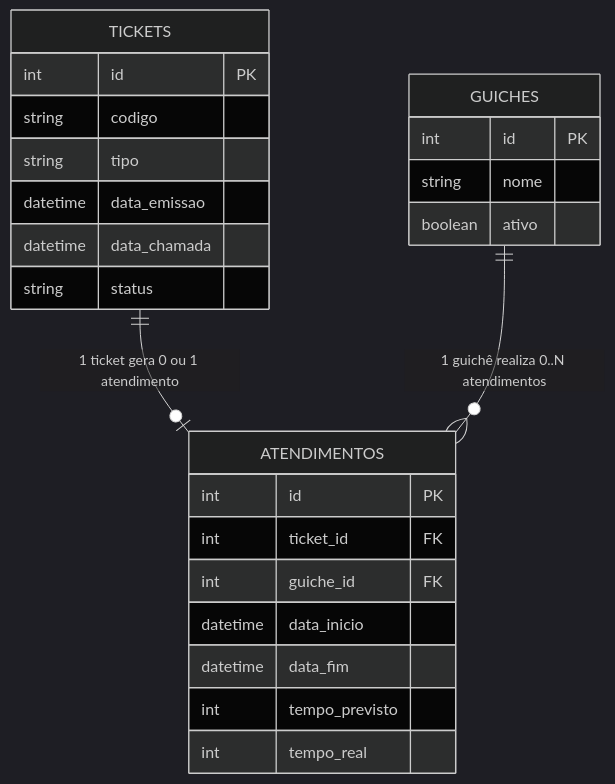
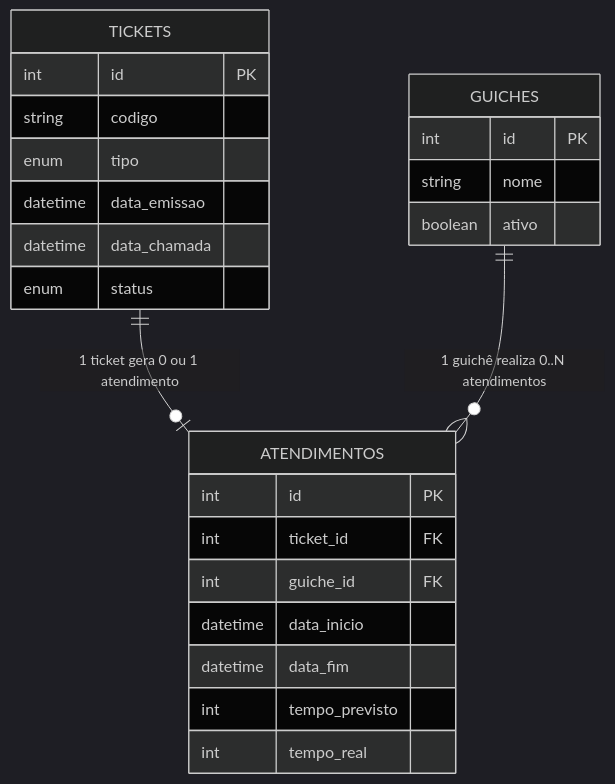
Before and after one commit to sfrancileidy-prog/MobileTicketsIonic: the diagram in README.md, drawn with Mermaid (dark theme).

````diff
--- a/README.md
+++ b/README.md
@@ -3,35 +3,35 @@
 ```mermaid
 erDiagram
 
     TICKETS {
         int id PK
         string codigo
-        string tipo
+        enum tipo
         datetime data_emissao
         datetime data_chamada
-        string status
+        enum status
     }
 
     GUICHES {
         int id PK
         string nome
         boolean ativo
     }
 
     ATENDIMENTOS {
         int id PK
         int ticket_id FK
         int guiche_id FK
         datetime data_inicio
         datetime data_fim
         int tempo_previsto
         int tempo_real
     }
 
     TICKETS ||--o| ATENDIMENTOS : "1 ticket gera 0 ou 1 atendimento"
     GUICHES ||--o{ ATENDIMENTOS : "1 guichê realiza 0..N atendimentos"
 
 
 
 
 ```
````
